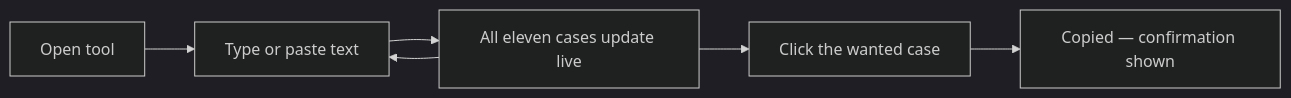
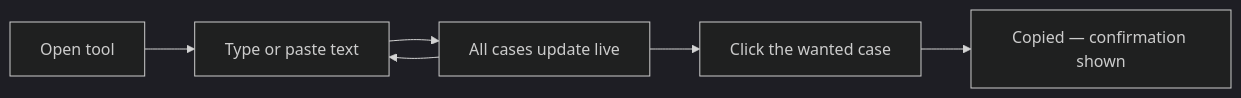
One commit to thanh-taro/text-case-converter changed the diagram in specs/30-experience/flows/FLOW-01.md. Above: the diagram before and after it, drawn with Mermaid (dark theme). The commit also changed 25 other files, not shown here.

````diff
--- a/specs/30-experience/flows/FLOW-01.md
+++ b/specs/30-experience/flows/FLOW-01.md
@@ -16,8 +16,8 @@
 ```mermaid
 flowchart LR
   A[Open tool] --> B[Type or paste text]
-  B --> C[All eleven cases update live]
+  B --> C[All cases update live]
   C --> D[Click the wanted case]
   D --> E[Copied — confirmation shown]
   C --> B
 ```
````
